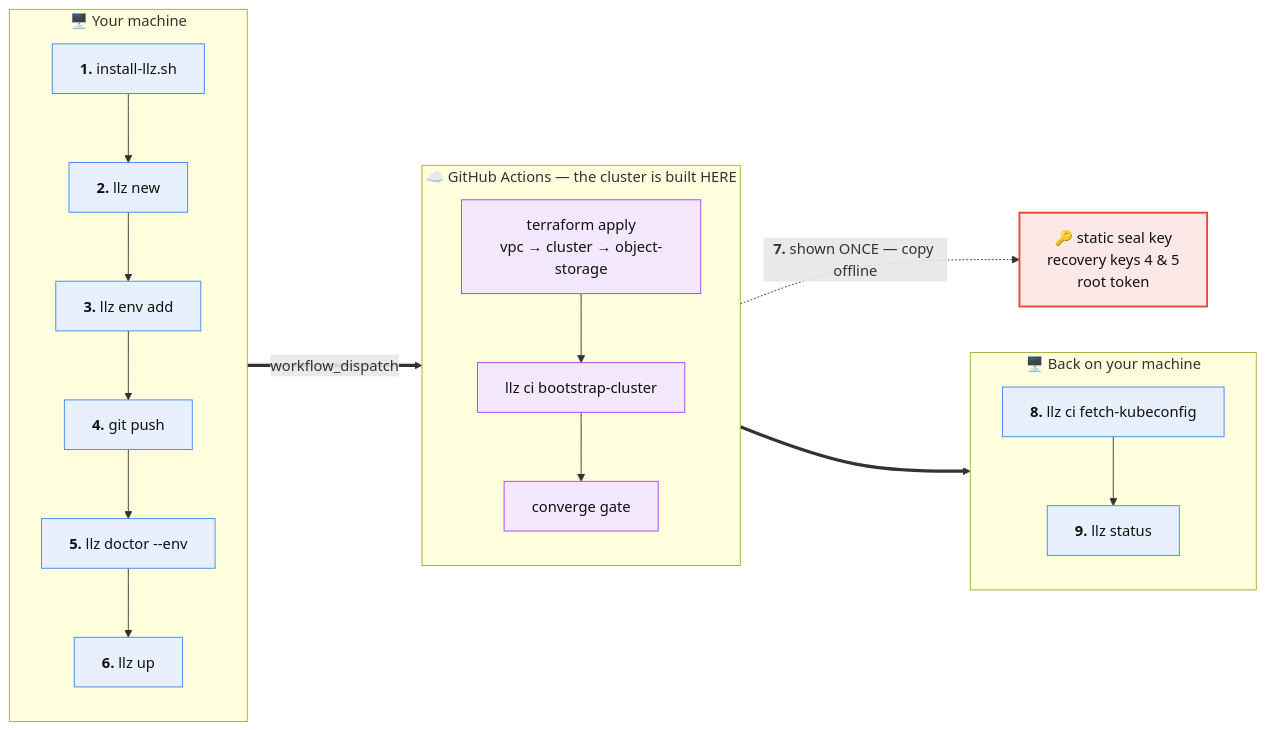
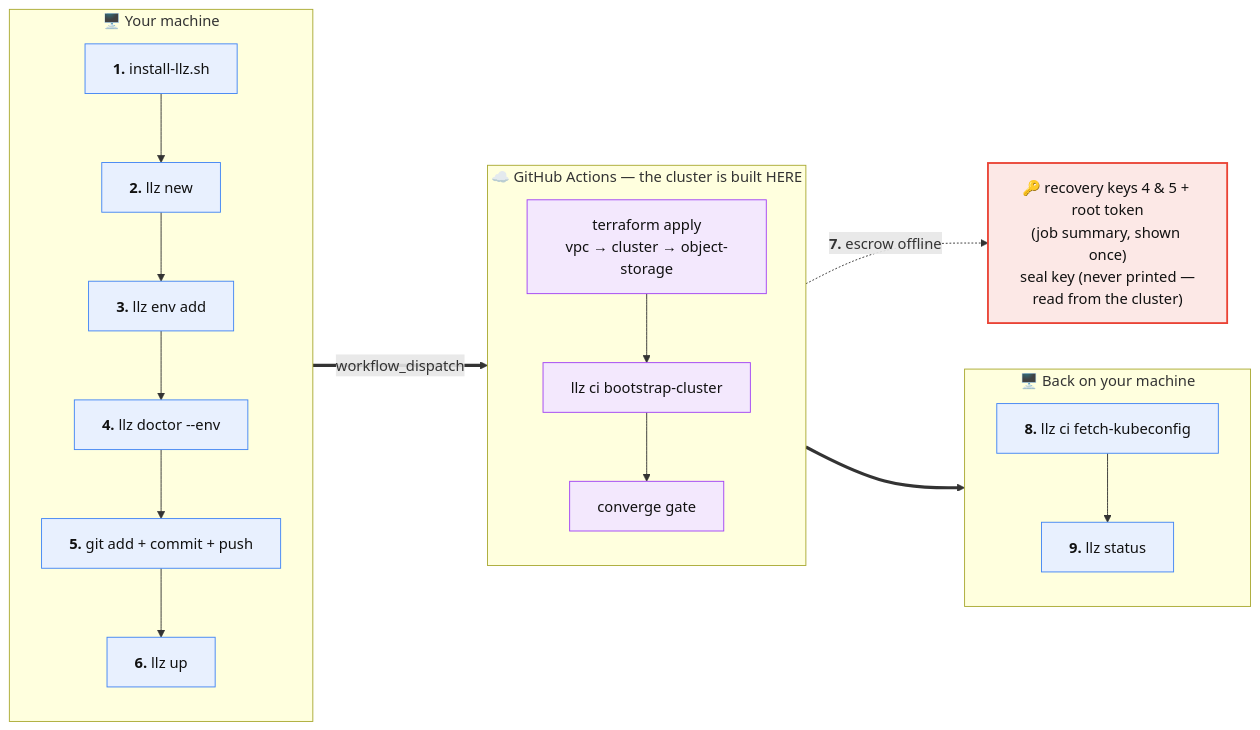
Before and after one commit to akamai-consulting/lke-landing-zone: the diagram in docs/quickstart.md, drawn with Mermaid. The commit also changed other lines of this file and 68 other files, not shown here.

````diff
--- a/docs/quickstart.md
+++ b/docs/quickstart.md
@@ -32,39 +34,39 @@
 ```mermaid
 flowchart LR
     subgraph L1["🖥️ Your machine"]
         direction TB
         I["<b>1.</b> install-llz.sh"]
         N["<b>2.</b> llz new"]
         E["<b>3.</b> llz env add"]
-        P["<b>4.</b> git push"]
-        D["<b>5.</b> llz doctor --env"]
+        D["<b>4.</b> llz doctor --env"]
+        P["<b>5.</b> git add + commit + push"]
         U["<b>6.</b> llz up"]
-        I --> N --> E --> P --> D --> U
+        I --> N --> E --> D --> P --> U
     end
 
     subgraph CI["☁️ GitHub Actions — the cluster is built HERE"]
         direction TB
         TF["terraform apply<br/>vpc → cluster → object-storage"]
         BOOT["llz ci bootstrap-cluster"]
         CONV["converge gate"]
         TF --> BOOT --> CONV
     end
 
     subgraph L2["🖥️ Back on your machine"]
         direction TB
         K["<b>8.</b> llz ci fetch-kubeconfig"]
         S["<b>9.</b> llz status"]
         K --> S
     end
 
     U ==>|"workflow_dispatch"| TF
     CONV ==> K
-    CONV -.->|"<b>7.</b> shown ONCE — copy offline"| M["🔑 static seal key<br/>recovery keys 4 &amp; 5<br/>root token"]
+    CONV -.->|"<b>7.</b> escrow offline"| M["🔑 recovery keys 4 &amp; 5 + root token<br/>(job summary, shown once)<br/>seal key (never printed —<br/>read from the cluster)"]
 
     classDef local fill:#e8f0fe,stroke:#4285f4,color:#111;
     classDef ci fill:#f3e8fd,stroke:#a142f4,color:#111;
     classDef warn fill:#fce8e6,stroke:#ea4335,stroke-width:2px,color:#111;
     class I,N,E,P,D,U,K,S local;
     class TF,BOOT,CONV ci;
     class M warn;
 ```
````
